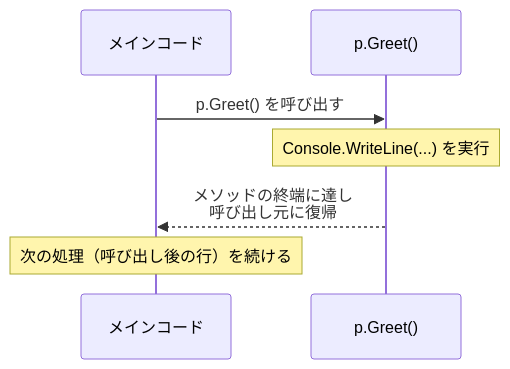
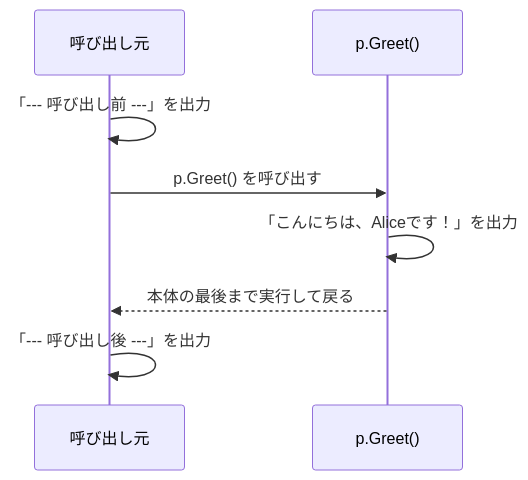
One commit to LeonAkasaka/unity-csharp-learning changed the first of 2 diagrams in docs/csharp/methods/index.md. Above: the diagram before and after it, drawn with Mermaid. The commit also changed other lines of this file and 7 other files, not shown here.

````diff
--- a/docs/csharp/methods/index.md
+++ b/docs/csharp/methods/index.md
@@ -102,10 +125,10 @@
 ```mermaid
 sequenceDiagram
-    participant C as メインコード
+    participant C as 呼び出し元
     participant M as p.Greet()
-
+    C->>C: 「--- 呼び出し前 ---」を出力
     C->>M: p.Greet() を呼び出す
-    Note over M: Console.WriteLine(...) を実行
-    M-->>C: メソッドの終端に達し<br/>呼び出し元に復帰
-    Note over C: 次の処理（呼び出し後の行）を続ける
+    M->>M: 「こんにちは、Aliceです！」を出力
+    M-->>C: 本体の最後まで実行して戻る
+    C->>C: 「--- 呼び出し後 ---」を出力
 ```
````
